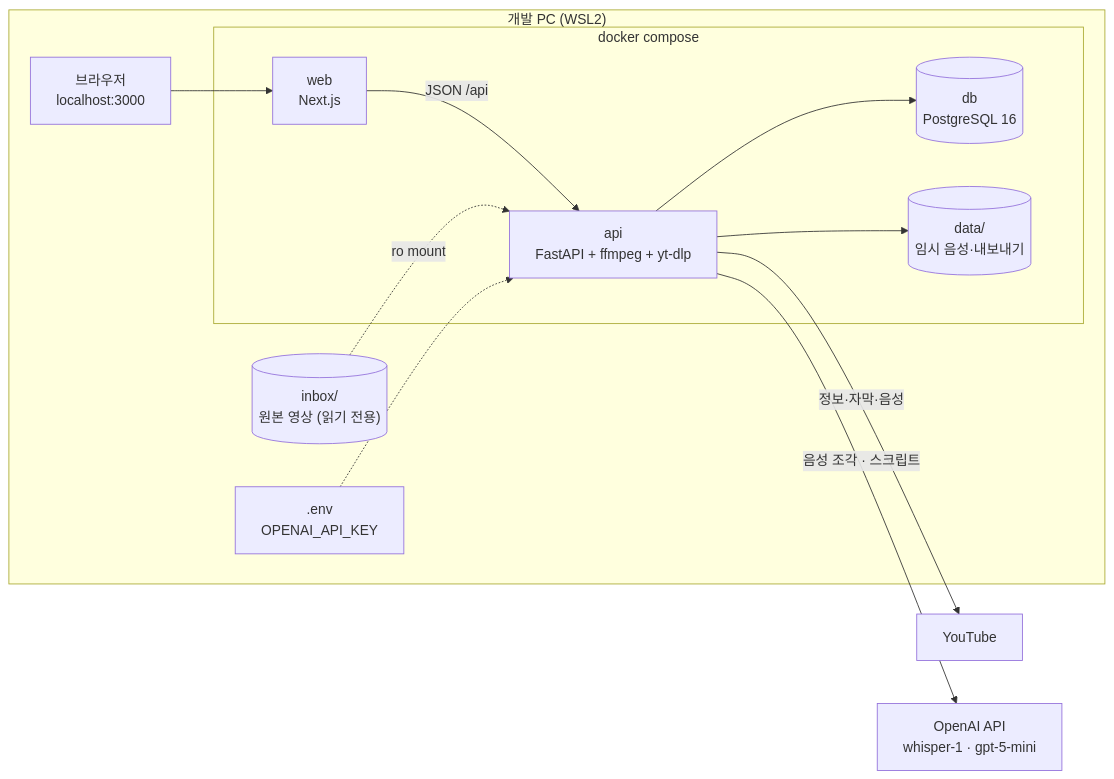
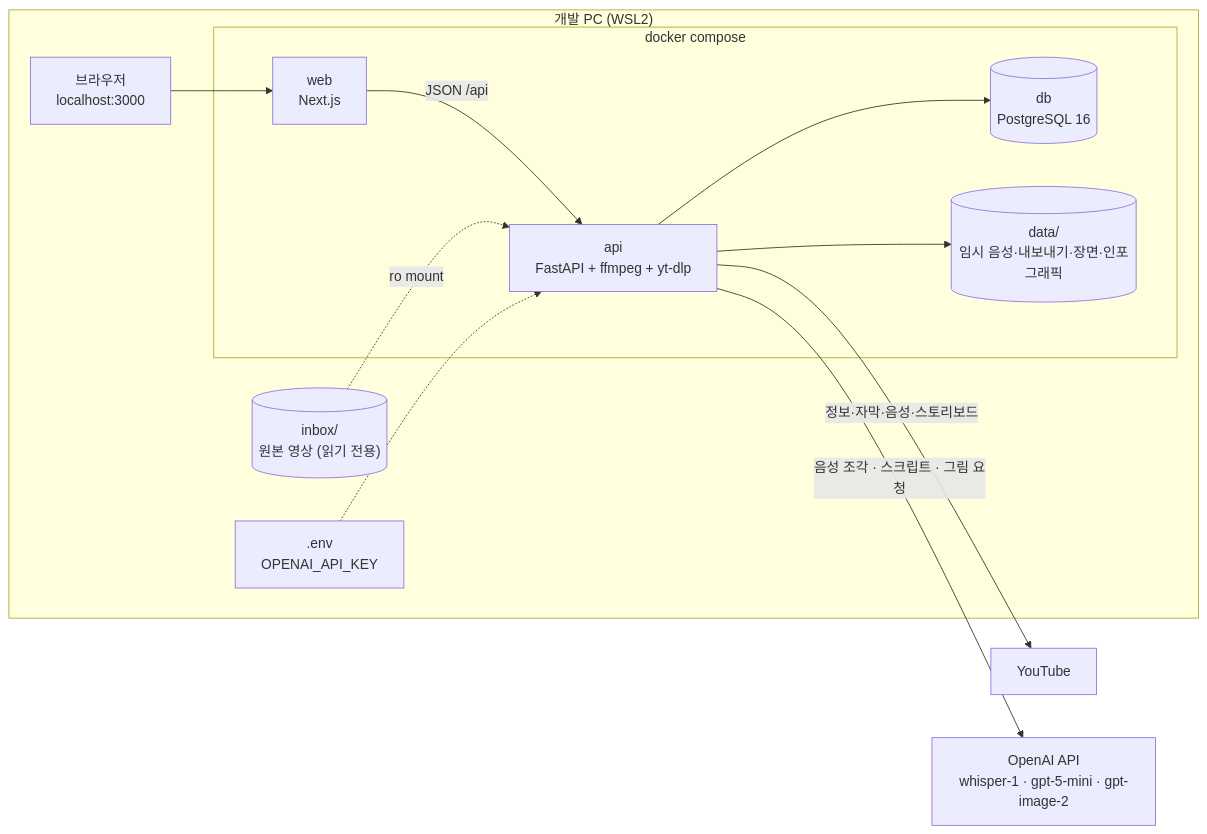
One commit to HoyoungParkme/video-agent changed the diagram in docs/specs/05-INFRA/VA-INFRA-001.md. Above: the diagram before and after it, drawn with Mermaid. The commit also changed other lines of this file, not shown here.

Commit message:
결과를 그림으로 — C11 인포그래픽(gpt-image-2 low, 누를 때만) · C12 대표 장면(로컬 ffmpeg 프레임, YouTube 스토리보드 칸을 ffmpeg crop — 실측), C3 whisper-1 2027-02-26 폐기, 스택(한눈에 보기는 라이브러리 없이, 노트는 Mermaid) · 데이터 자리 · 미결

````diff
--- a/docs/specs/05-INFRA/VA-INFRA-001.md
+++ b/docs/specs/05-INFRA/VA-INFRA-001.md
@@ -81,25 +98,25 @@
 ```mermaid
 flowchart LR
   subgraph host["개발 PC (WSL2)"]
     browser["브라우저<br/>localhost:3000"]
     inbox[("inbox/<br/>원본 영상 (읽기 전용)")]
     subgraph compose["docker compose"]
       web["web<br/>Next.js"]
       api["api<br/>FastAPI + ffmpeg + yt-dlp"]
       db[("db<br/>PostgreSQL 16")]
-      data[("data/<br/>임시 음성·내보내기")]
+      data[("data/<br/>임시 음성·내보내기·장면·인포그래픽")]
     end
     env[".env<br/>OPENAI_API_KEY"]
   end
   yt["YouTube"]
-  oai["OpenAI API<br/>whisper-1 · gpt-5-mini"]
+  oai["OpenAI API<br/>whisper-1 · gpt-5-mini · gpt-image-2"]
 
   browser --> web
   web -->|"JSON /api"| api
   api --> db
   api --> data
   inbox -.->|"ro mount"| api
   env -.-> api
-  api -->|"정보·자막·음성"| yt
-  api -->|"음성 조각 · 스크립트"| oai
+  api -->|"정보·자막·음성·스토리보드"| yt
+  api -->|"음성 조각 · 스크립트 · 그림 요청"| oai
 ```
````
